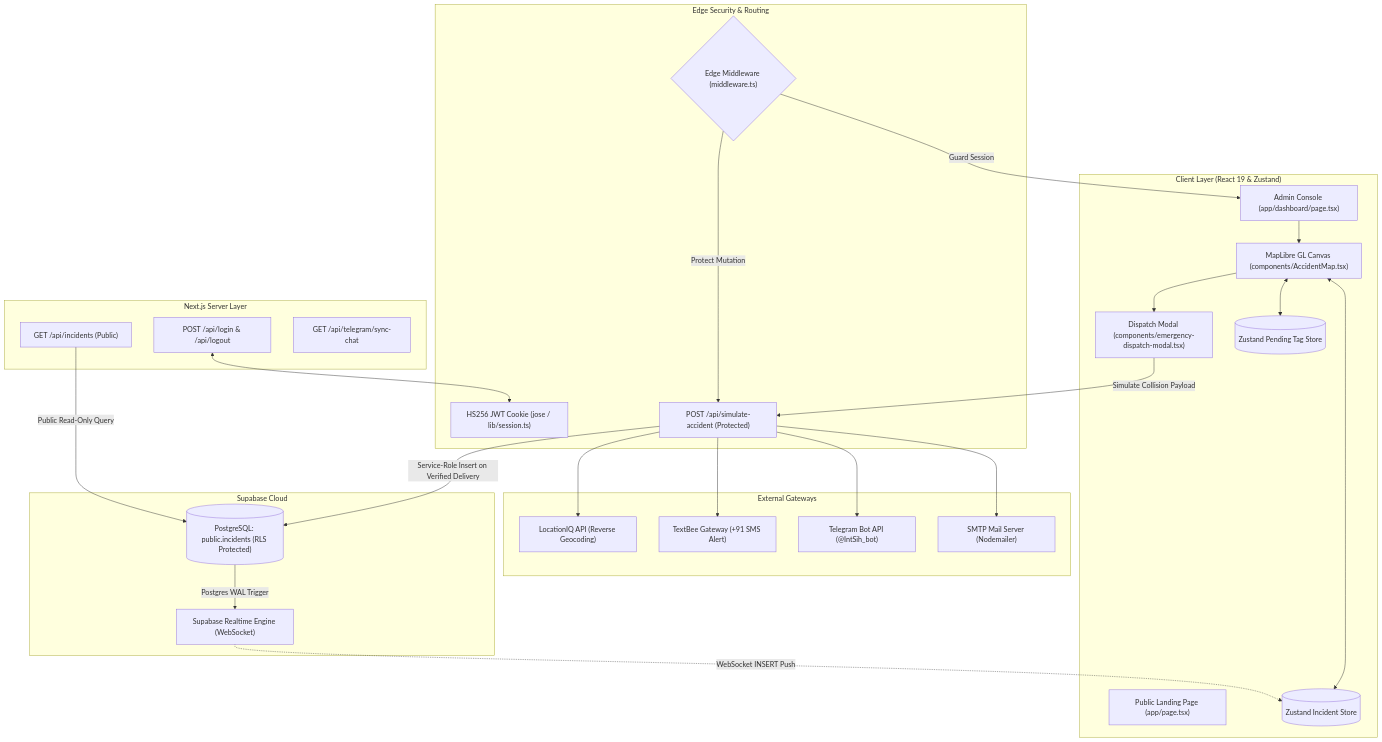
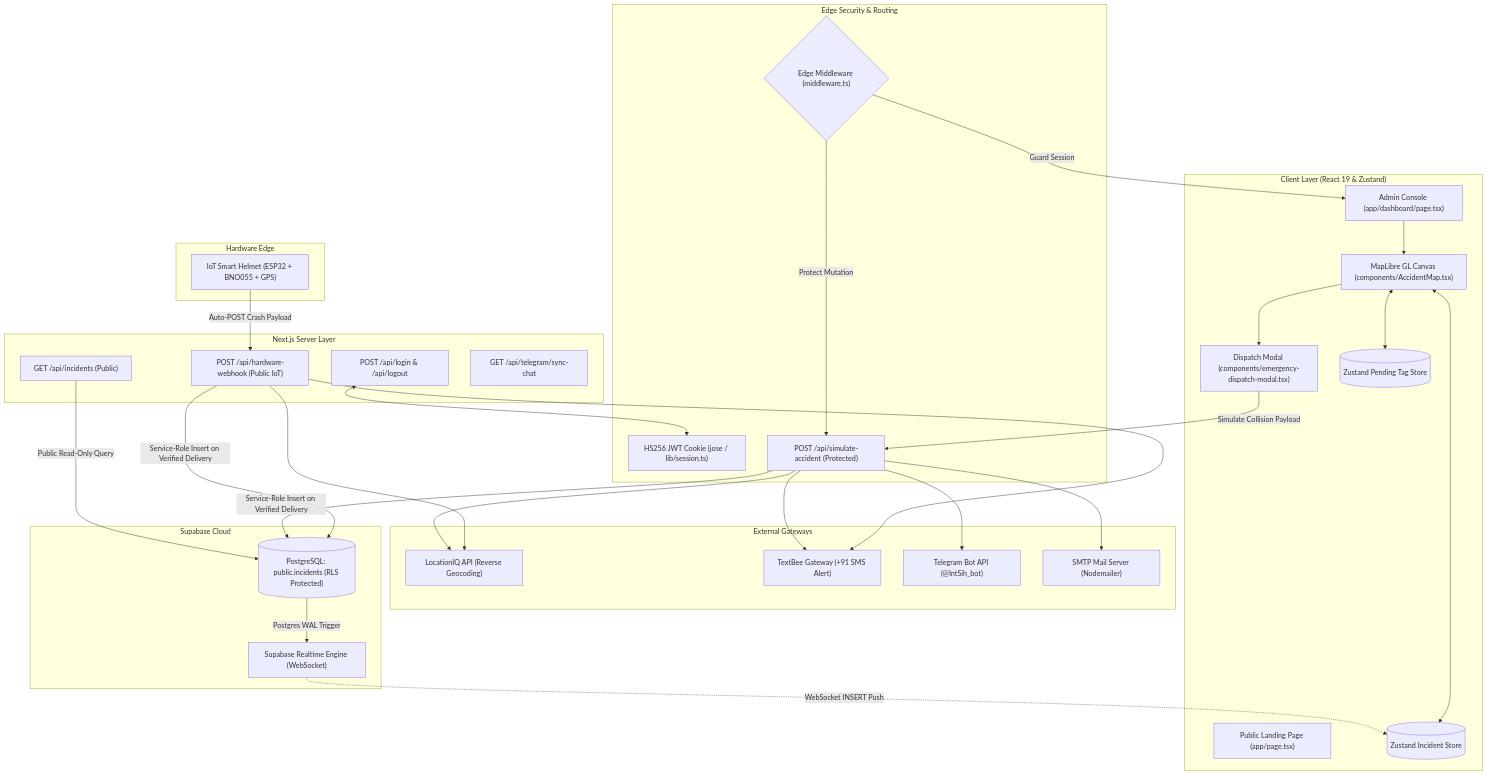
Before and after one commit to sagarsarangi/Internalsih: the first of 5 diagrams in README.md, drawn with Mermaid. The commit also changed other lines of this file, not shown here.

Commit message:
docs: add hardware webhook flow to readme

````diff
--- a/README.md
+++ b/README.md
@@ -70,54 +70,64 @@
 ```mermaid
 graph TD
     subgraph Client Layer ["Client Layer (React 19 & Zustand)"]
         A["Public Landing Page (app/page.tsx)"]
         B["Admin Console (app/dashboard/page.tsx)"]
         C["MapLibre GL Canvas (components/AccidentMap.tsx)"]
         D["Dispatch Modal (components/emergency-dispatch-modal.tsx)"]
         E[("Zustand Incident Store")]
         F[("Zustand Pending Tag Store")]
         
         B --> C
         C <--> F
         C <--> E
         C --> D
     end
 
     subgraph Security Layer ["Edge Security & Routing"]
         M{"Edge Middleware (middleware.ts)"}
         AUTH["HS256 JWT Cookie (jose / lib/session.ts)"]
         M -->|"Guard Session"| B
         M -->|"Protect Mutation"| API_SIM
     end
 
     subgraph Server Layer ["Next.js Server Layer"]
         API_AUTH["POST /api/login & /api/logout"]
         API_INC["GET /api/incidents (Public)"]
         API_SIM["POST /api/simulate-accident (Protected)"]
+        API_HW["POST /api/hardware-webhook (Public IoT)"]
         API_TG["GET /api/telegram/sync-chat"]
     end
 
     subgraph External Gateways ["External Gateways"]
         GEO["LocationIQ API (Reverse Geocoding)"]
         SMS["TextBee Gateway (+91 SMS Alert)"]
         TG["Telegram Bot API (@IntSih_bot)"]
         SMTP["SMTP Mail Server (Nodemailer)"]
     end
 
+    subgraph Hardware ["Hardware Edge"]
+        ESP32["IoT Smart Helmet (ESP32 + BNO055 + GPS)"]
+    end
+
     subgraph Persistence Layer ["Supabase Cloud"]
         DB[("PostgreSQL: public.incidents (RLS Protected)")]
         RT["Supabase Realtime Engine (WebSocket)"]
     end
+
+    ESP32 -->|"Auto-POST Crash Payload"| API_HW
+    API_HW --> GEO
+    API_HW --> SMS
+    API_HW -->|"Service-Role Insert on Verified Delivery"| DB
 
     D -->|"Simulate Collision Payload"| API_SIM
     API_AUTH <--> AUTH
     API_SIM --> GEO
     API_SIM --> SMS
     API_SIM --> TG
     API_SIM --> SMTP
     
     API_SIM -->|"Service-Role Insert on Verified Delivery"| DB
     API_INC -->|"Public Read-Only Query"| DB
     DB -->|"Postgres WAL Trigger"| RT
     RT -.->|"WebSocket INSERT Push"| E
 ```
````
